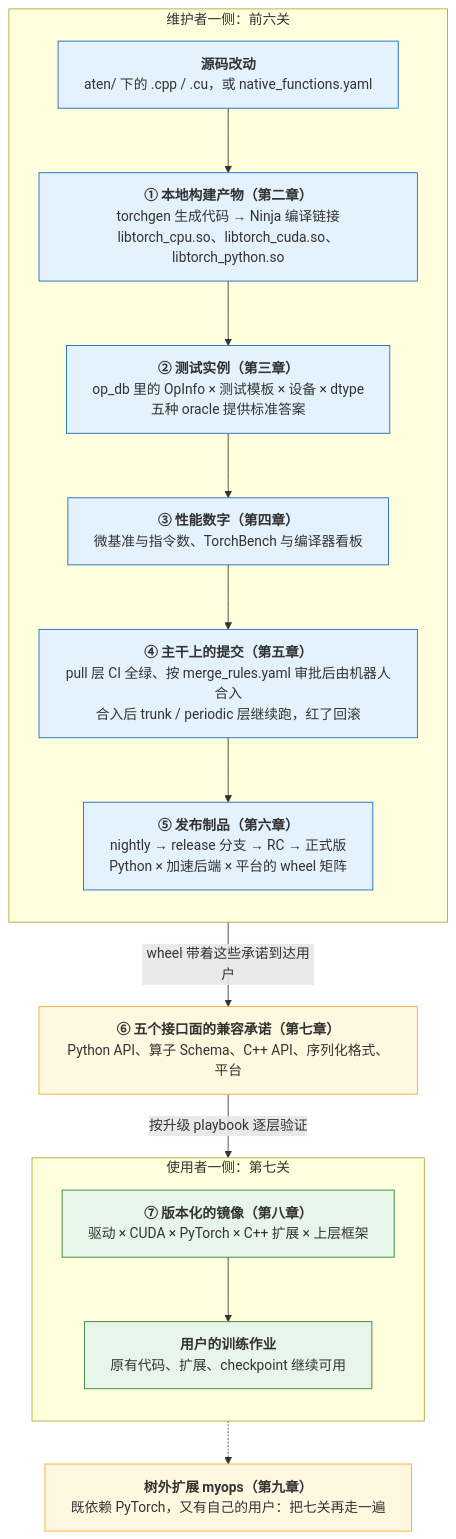
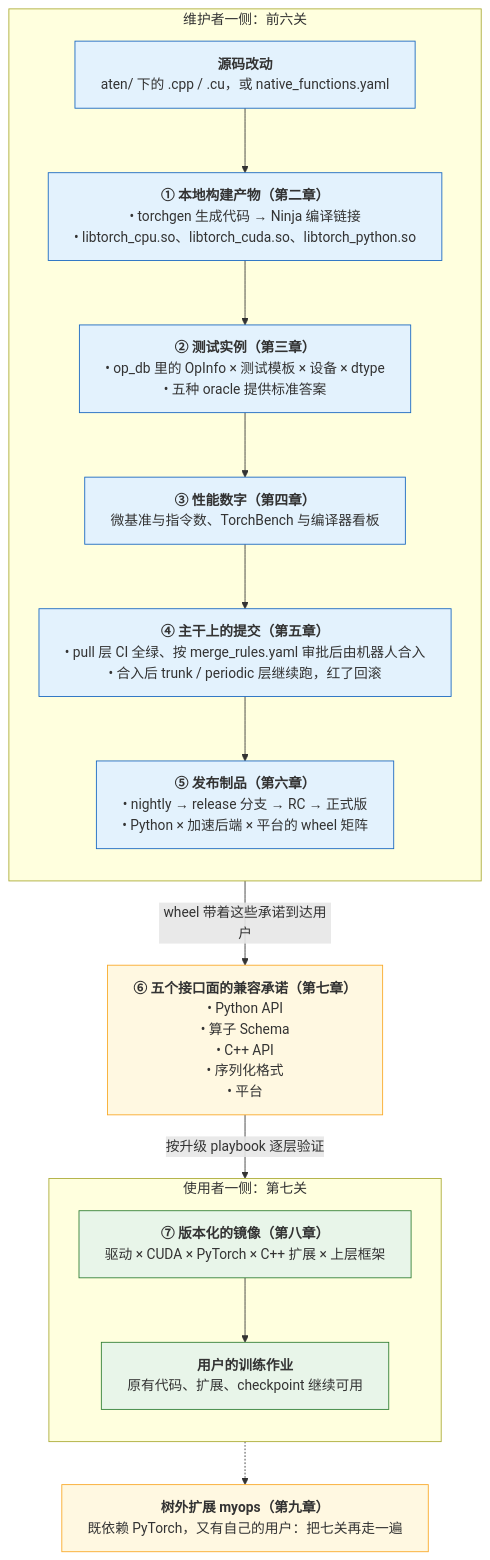
The first of 7 diagrams in _posts/2026-02-26-pytorch-engineering-system.md (arganzheng/arganzheng.github.com), drawn with Mermaid before and after one commit. The commit also changed other lines of this file and 9 other files, not shown here.

First line of the commit message:
PyTorch 系列其余 9 篇：流程图方框改成「标题 + 列表」

````diff
--- a/_posts/2026-02-26-pytorch-engineering-system.md
+++ b/_posts/2026-02-26-pytorch-engineering-system.md
@@ -27,33 +27,33 @@
 ```mermaid
-%%{init: {"flowchart": {"wrappingWidth": 380}}}%%
+%%{init: {"flowchart": {"wrappingWidth": 540}}}%%
 %% 图：一次改动从源码到用户训练作业经过的产物与关卡
 flowchart TB
     subgraph DEV["维护者一侧：前六关"]
         direction TB
         SRC["<b>源码改动</b><br/>aten/ 下的 .cpp / .cu，或 native_functions.yaml"]
-        SO["<b>① 本地构建产物（第二章）</b><br/>torchgen 生成代码 → Ninja 编译链接<br/>libtorch_cpu.so、libtorch_cuda.so、libtorch_python.so"]
-        TEST["<b>② 测试实例（第三章）</b><br/>op_db 里的 OpInfo × 测试模板 × 设备 × dtype<br/>五种 oracle 提供标准答案"]
+        SO["<b>① 本地构建产物（第二章）</b><br/>• torchgen 生成代码 → Ninja 编译链接<br/>• libtorch_cpu.so、libtorch_cuda.so、libtorch_python.so"]
+        TEST["<b>② 测试实例（第三章）</b><br/>• op_db 里的 OpInfo × 测试模板 × 设备 × dtype<br/>• 五种 oracle 提供标准答案"]
         BENCH["<b>③ 性能数字（第四章）</b><br/>微基准与指令数、TorchBench 与编译器看板"]
-        MAIN["<b>④ 主干上的提交（第五章）</b><br/>pull 层 CI 全绿、按 merge_rules.yaml 审批后由机器人合入<br/>合入后 trunk / periodic 层继续跑，红了回滚"]
-        WHEEL["<b>⑤ 发布制品（第六章）</b><br/>nightly → release 分支 → RC → 正式版<br/>Python × 加速后端 × 平台的 wheel 矩阵"]
+        MAIN["<b>④ 主干上的提交（第五章）</b><br/>• pull 层 CI 全绿、按 merge_rules.yaml 审批后由机器人合入<br/>• 合入后 trunk / periodic 层继续跑，红了回滚"]
+        WHEEL["<b>⑤ 发布制品（第六章）</b><br/>• nightly → release 分支 → RC → 正式版<br/>• Python × 加速后端 × 平台的 wheel 矩阵"]
         SRC --> SO --> TEST --> BENCH --> MAIN --> WHEEL
     end
-    CONTRACT["<b>⑥ 五个接口面的兼容承诺（第七章）</b><br/>Python API、算子 Schema、C++ API、序列化格式、平台"]
+    CONTRACT["<b>⑥ 五个接口面的兼容承诺（第七章）</b><br/>• Python API<br/>• 算子 Schema<br/>• C++ API<br/>• 序列化格式<br/>• 平台"]
     subgraph USR["使用者一侧：第七关"]
         direction TB
         IMG["<b>⑦ 版本化的镜像（第八章）</b><br/>驱动 × CUDA × PyTorch × C++ 扩展 × 上层框架"]
         JOB["<b>用户的训练作业</b><br/>原有代码、扩展、checkpoint 继续可用"]
         IMG --> JOB
     end
     MYOPS["<b>树外扩展 myops（第九章）</b><br/>既依赖 PyTorch，又有自己的用户：把七关再走一遍"]
     DEV -->|"wheel 带着这些承诺到达用户"| CONTRACT
     CONTRACT -->|"按升级 playbook 逐层验证"| USR
     USR -.-> MYOPS
 
     classDef dev fill:#e3f2fd,stroke:#1565c0;
     classDef mid fill:#fff8e1,stroke:#f9a825;
     classDef usr fill:#e8f5e9,stroke:#2e7d32;
     class SRC,SO,TEST,BENCH,MAIN,WHEEL dev;
     class CONTRACT,MYOPS mid;
     class IMG,JOB usr;
 ```
````
